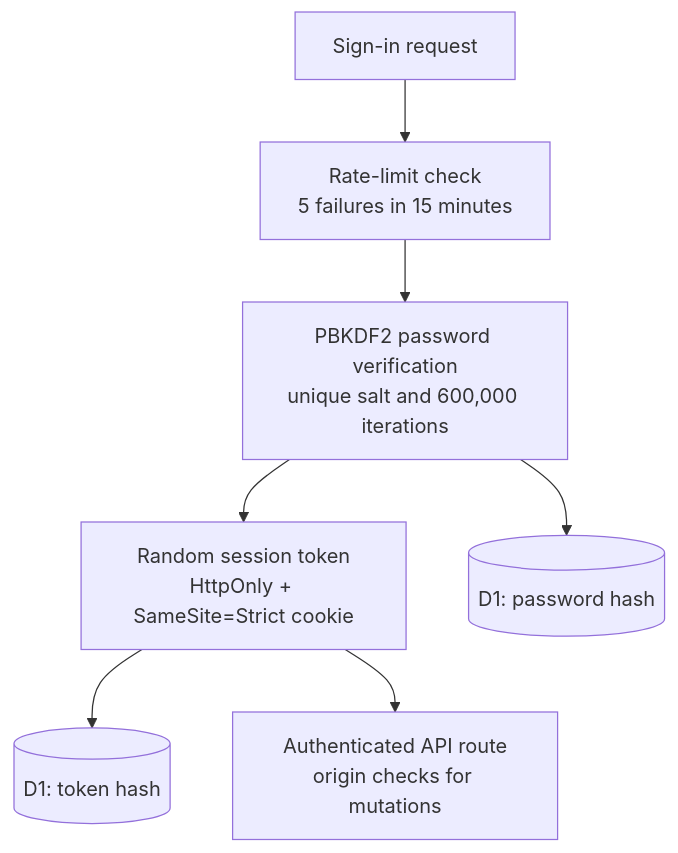
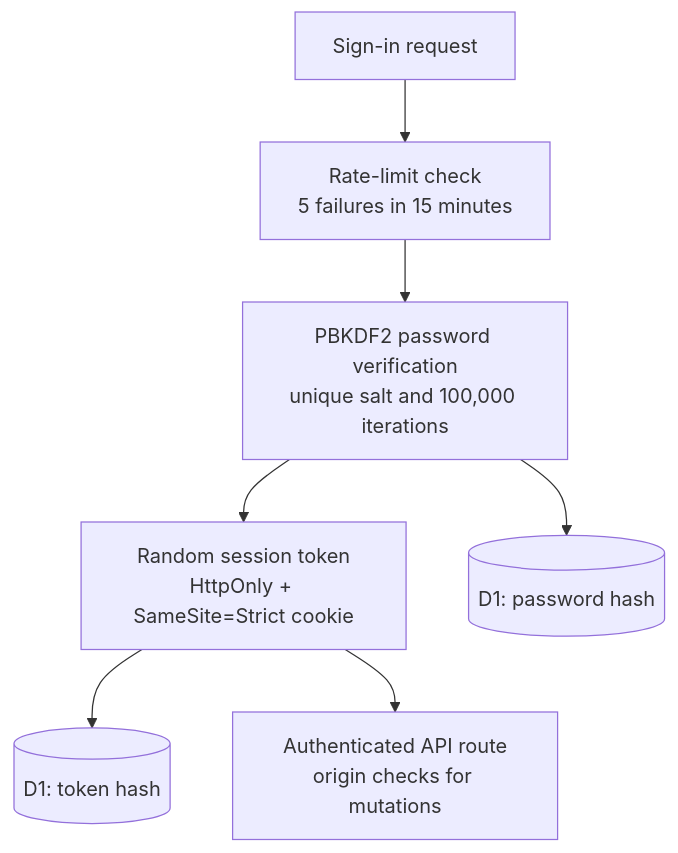
Before and after one commit to golba98/Movie_App: the second of 3 diagrams in docs/architecture-and-safety.md, drawn with Mermaid. The commit also changed other lines of this file and 249 other files, not shown here.

````diff
--- a/docs/architecture-and-safety.md
+++ b/docs/architecture-and-safety.md
@@ -56,9 +56,9 @@
 ```mermaid
 flowchart TD
   SignIn[Sign-in request] --> Limit[Rate-limit check\n5 failures in 15 minutes]
-  Limit --> Verify[PBKDF2 password verification\nunique salt and 600,000 iterations]
+  Limit --> Verify[PBKDF2 password verification\nunique salt and 100,000 iterations]
   Verify --> Session[Random session token\nHttpOnly + SameSite=Strict cookie]
   Verify --> D1[(D1: password hash)]
   Session --> TokenHash[(D1: token hash)]
   Session --> API[Authenticated API route\norigin checks for mutations]
 ```
````
